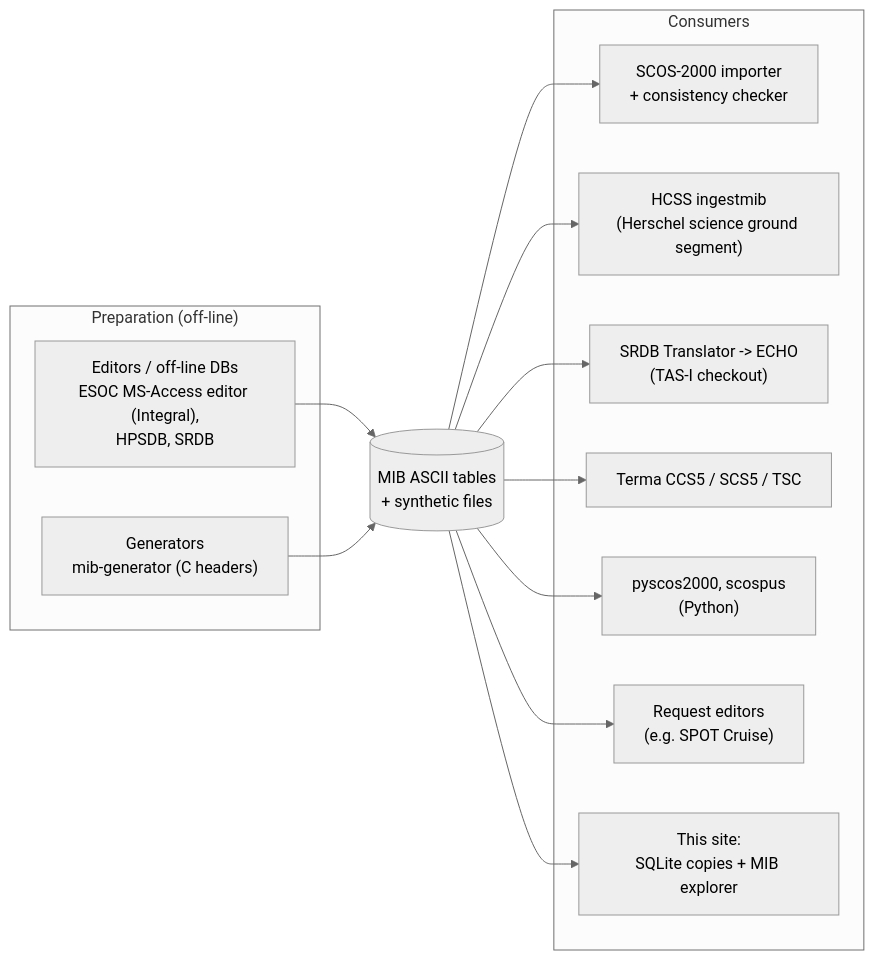
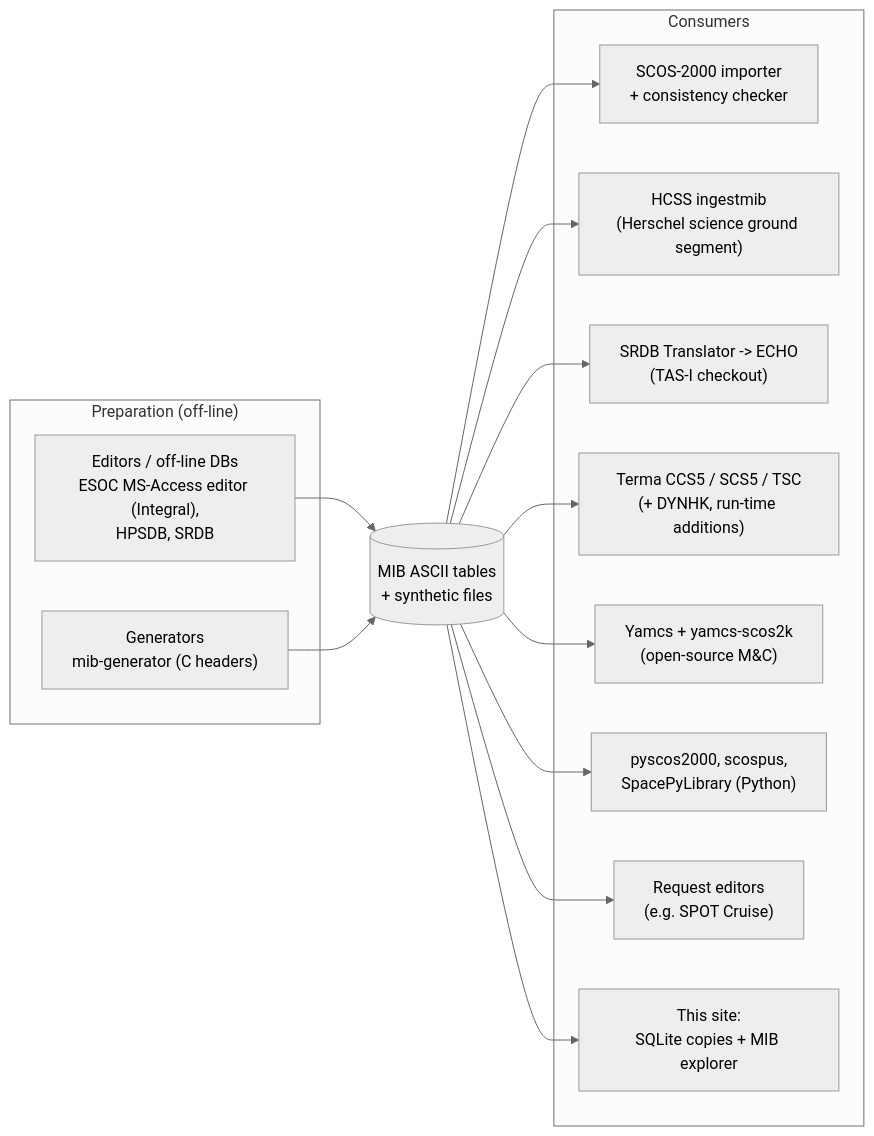
The first of 2 diagrams in docs/mib/tooling.md (feiteira/OPEN-SPACE-INFO), drawn with Mermaid (neutral theme) before and after one commit. The commit also changed other lines of this file and 1311 other files, not shown here.

````diff
--- a/docs/mib/tooling.md
+++ b/docs/mib/tooling.md
@@ -18,26 +21,28 @@
 ```mermaid
 flowchart LR
     subgraph prep["Preparation (off-line)"]
         ED["Editors / off-line DBs<br/>ESOC MS-Access editor (Integral),<br/>HPSDB, SRDB"]
         GEN["Generators<br/>mib-generator (C headers)"]
     end
     MIB[("MIB ASCII tables<br/>+ synthetic files")]
     subgraph use["Consumers"]
         IMP["SCOS-2000 importer<br/>+ consistency checker"]
         HCSS["HCSS ingestmib<br/>(Herschel science ground segment)"]
         ECHO["SRDB Translator -> ECHO<br/>(TAS-I checkout)"]
-        TERMA["Terma CCS5 / SCS5 / TSC"]
-        PY["pyscos2000, scospus<br/>(Python)"]
+        TERMA["Terma CCS5 / SCS5 / TSC<br/>(+ DYNHK, run-time additions)"]
+        YAMCS["Yamcs + yamcs-scos2k<br/>(open-source M&C)"]
+        PY["pyscos2000, scospus,<br/>SpacePyLibrary (Python)"]
         SPOT["Request editors<br/>(e.g. SPOT Cruise)"]
         SITE["This site:<br/>SQLite copies + MIB explorer"]
     end
     ED --> MIB
     GEN --> MIB
     MIB --> IMP
     MIB --> HCSS
     MIB --> ECHO
     MIB --> TERMA
+    MIB --> YAMCS
     MIB --> PY
     MIB --> SPOT
     MIB --> SITE
 ```
````
